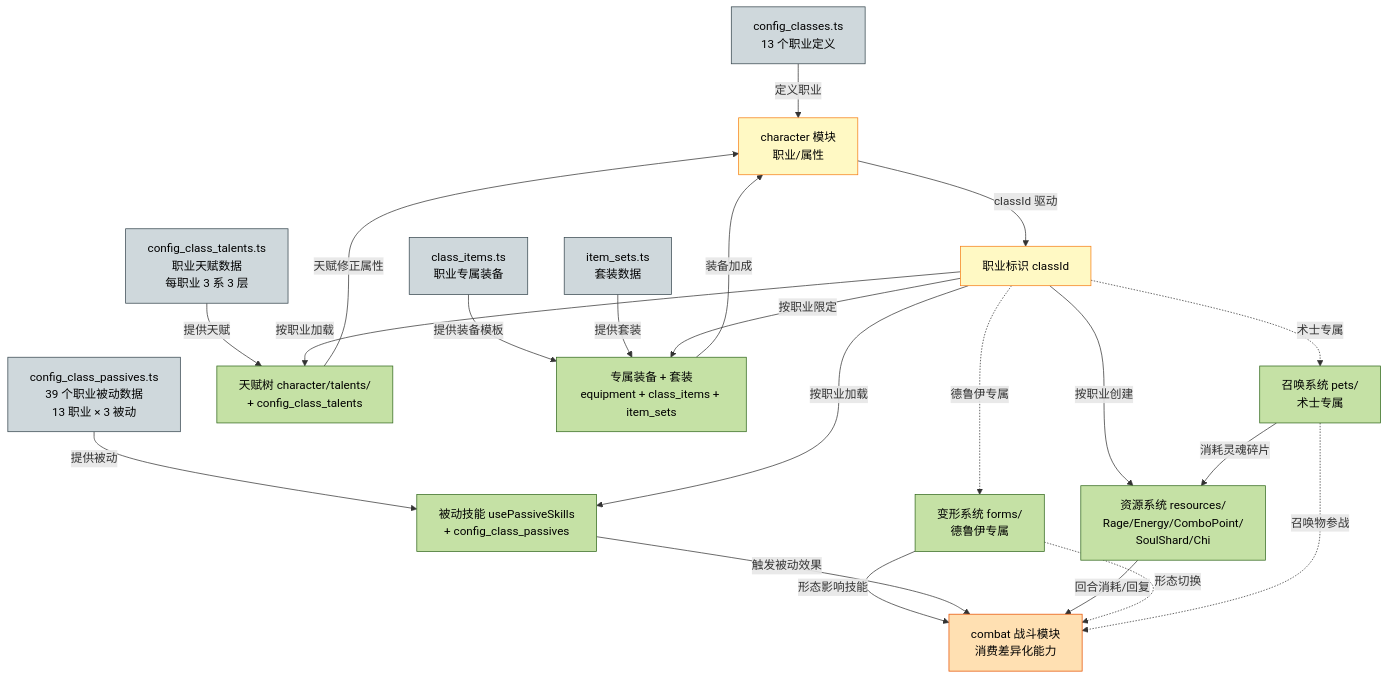
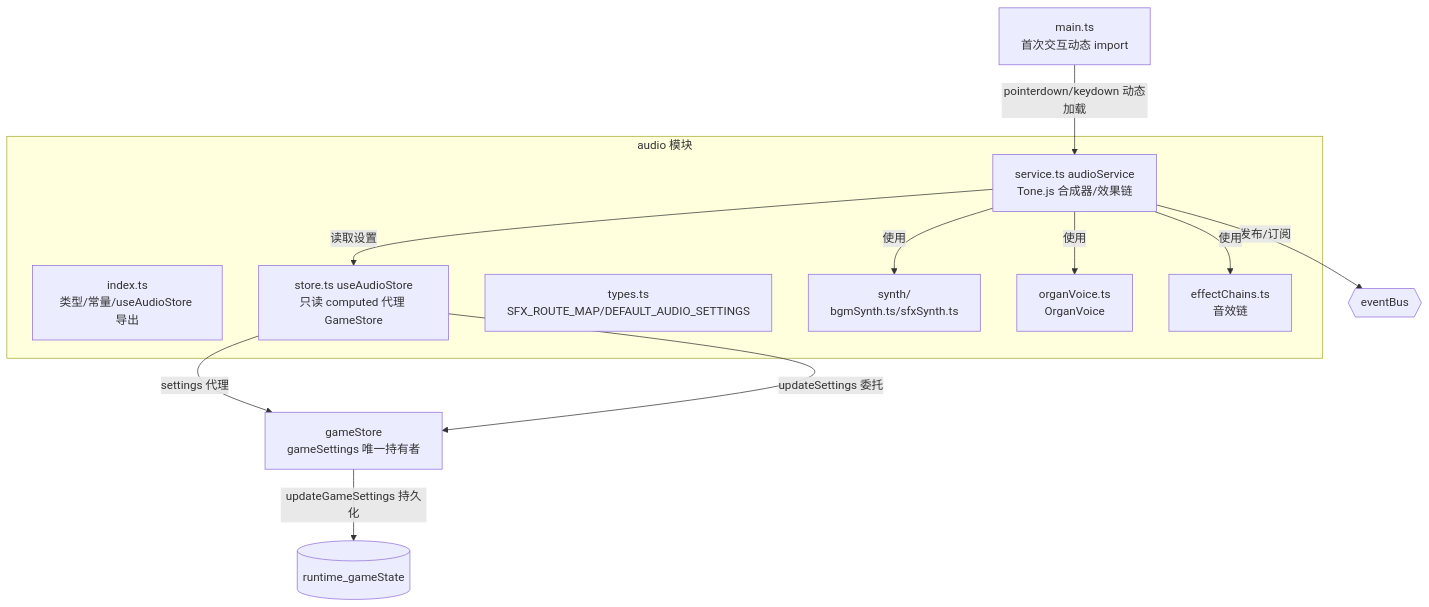
One commit to SonDemigods/wow_dnd changed the tenth of 12 diagrams in doc/project/ARCHITECTURE_DIAGRAMS.md. Above: the diagram before and after it, drawn with Mermaid. The commit also changed other lines of this file and 55 other files, not shown here.

````diff
--- a/doc/project/ARCHITECTURE_DIAGRAMS.md
+++ b/doc/project/ARCHITECTURE_DIAGRAMS.md
@@ -1018,63 +783,29 @@
 ```mermaid
 graph TD
-    %% ===== 数据源 =====
-    configClasses[config_classes.ts<br/>13 个职业定义]
-    classPassives[config_class_passives.ts<br/>39 个职业被动数据<br/>13 职业 × 3 被动]
-    classItems[class_items.ts<br/>职业专属装备]
-    classTalents[config_class_talents.ts<br/>职业天赋数据<br/>每职业 3 系 3 层]
-    itemSets[item_sets.ts<br/>套装数据]
+    %% ===== audio 模块内部 =====
+    subgraph audio[audio 模块]
+        index[index.ts<br/>类型/常量/useAudioStore 导出]
+        store[store.ts useAudioStore<br/>只读 computed 代理 GameStore]
+        service[service.ts audioService<br/>Tone.js 合成器/效果链]
+        types[types.ts<br/>SFX_ROUTE_MAP/DEFAULT_AUDIO_SETTINGS]
+        synth[synth/<br/>bgmSynth.ts/sfxSynth.ts]
+        organ[organVoice.ts<br/>OrganVoice]
+        effectChains[effectChains.ts<br/>音效链]
+    end
 
-    %% ===== 职业核心 =====
-    character[character 模块<br/>职业/属性]
-    classId[职业标识 classId]
+    %% ===== 外部依赖 =====
+    gameStore[gameStore<br/>gameSettings 唯一持有者]
+    bus{{eventBus}}
+    main[main.ts<br/>首次交互动态 import]
 
-    %% ===== 六大差异化子系统 =====
-    resources[资源系统 resources/<br/>Rage/Energy/ComboPoint/<br/>SoulShard/Chi]
-    passive[被动技能 usePassiveSkills<br/>+ config_class_passives]
-    talents[天赋树 character/talents/<br/>+ config_class_talents]
-    equip[专属装备 + 套装<br/>equipment + class_items + item_sets]
-    forms[变形系统 forms/<br/>德鲁伊专属]
-    pets[召唤系统 pets/<br/>术士专属]
-
-    %% ===== 消费方 =====
-    combat[combat 战斗模块<br/>消费差异化能力]
-
-    %% ===== 数据加载 =====
-    configClasses -->|定义职业| character
-    classPassives -->|提供被动| passive
-    classItems -->|提供装备模板| equip
-    classTalents -->|提供天赋| talents
-    itemSets -->|提供套装| equip
-
-    %% ===== 职业驱动差异化 =====
-    character -->|classId 驱动| classId
-    classId -->|按职业创建| resources
-    classId -->|按职业加载| passive
-    classId -->|按职业加载| talents
-    classId -->|按职业限定| equip
-    classId -.->|德鲁伊专属| forms
-    classId -.->|术士专属| pets
-
-    %% ===== 子系统间联动 =====
-    pets -->|消耗灵魂碎片| resources
-    forms -->|形态影响技能| combat
-    talents -->|天赋修正属性| character
-    equip -->|装备加成| character
-    passive -->|触发被动效果| combat
-
-    %% ===== 战斗模块消费 =====
-    resources -->|回合消耗/回复| combat
-    forms -.->|形态切换| combat
-    pets -.->|召唤物参战| combat
-
-    %% ===== 样式 =====
-    classDef data fill:#cfd8dc,stroke:#37474f,color:#000
-    classDef core fill:#fff9c4,stroke:#f57f17,color:#000
-    classDef sub fill:#c5e1a5,stroke:#33691e,color:#000
-    classDef consumer fill:#ffe0b2,stroke:#e65100,color:#000
-
-    class configClasses,classPassives,classItems,classTalents,itemSets data
-    class character,classId core
-    class resources,passive,talents,equip,forms,pets sub
-    class combat consumer
+    %% ===== 关系 =====
+    main -->|pointerdown/keydown 动态加载| service
+    store -->|settings 代理| gameStore
+    store -->|updateSettings 委托| gameStore
+    gameStore -->|updateGameSettings 持久化| runtime[(runtime_gameState)]
+    service -->|读取设置| store
+    service -->|发布/订阅| bus
+    service -->|使用| synth
+    service -->|使用| organ
+    service -->|使用| effectChains
 ```
````
